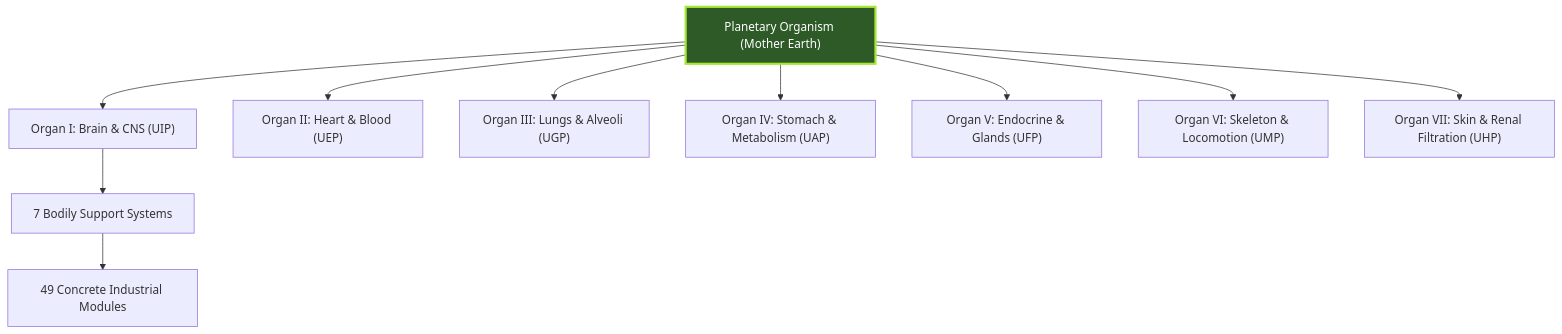
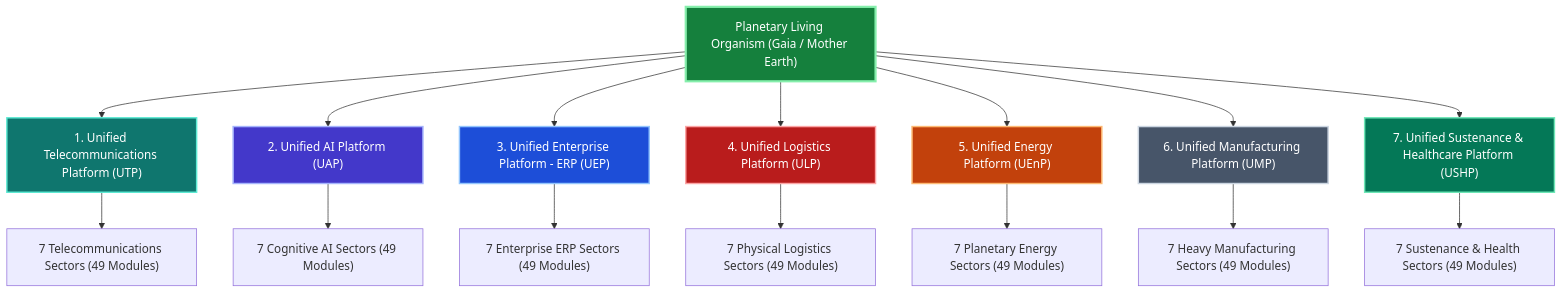
One commit to shishyan/Karmic-Genie changed the diagram in docs/SEVEN_BY_SEVEN_BY_SEVEN_FRACTAL_ATLAS.md. Above: the diagram before and after it, drawn with Mermaid. The commit also changed other lines of this file and 6 other files, not shown here.

````diff
--- a/docs/SEVEN_BY_SEVEN_BY_SEVEN_FRACTAL_ATLAS.md
+++ b/docs/SEVEN_BY_SEVEN_BY_SEVEN_FRACTAL_ATLAS.md
@@ -26,13 +30,25 @@
 ```mermaid
 graph TD
-    Gaia["Planetary Organism (Mother Earth)"] --> O1["Organ I: Brain & CNS (UIP)"]
-    Gaia --> O2["Organ II: Heart & Blood (UEP)"]
-    Gaia --> O3["Organ III: Lungs & Alveoli (UGP)"]
-    Gaia --> O4["Organ IV: Stomach & Metabolism (UAP)"]
-    Gaia --> O5["Organ V: Endocrine & Glands (UFP)"]
-    Gaia --> O6["Organ VI: Skeleton & Locomotion (UMP)"]
-    Gaia --> O7["Organ VII: Skin & Renal Filtration (UHP)"]
-    O1 --> S1["7 Bodily Support Systems"]
-    S1 --> M1["49 Concrete Industrial Modules"]
-    style Gaia fill:#2d5a27,stroke:#a3e635,stroke-width:3px,color:#ffffff
+    Gaia["Planetary Living Organism (Gaia / Mother Earth)"] --> P1["1. Unified Telecommunications Platform (UTP)"]
+    Gaia --> P2["2. Unified AI Platform (UAP)"]
+    Gaia --> P3["3. Unified Enterprise Platform - ERP (UEP)"]
+    Gaia --> P4["4. Unified Logistics Platform (ULP)"]
+    Gaia --> P5["5. Unified Energy Platform (UEnP)"]
+    Gaia --> P6["6. Unified Manufacturing Platform (UMP)"]
+    Gaia --> P7["7. Unified Sustenance & Healthcare Platform (USHP)"]
+    P1 --> S1["7 Telecommunications Sectors (49 Modules)"]
+    P2 --> S2["7 Cognitive AI Sectors (49 Modules)"]
+    P3 --> S3["7 Enterprise ERP Sectors (49 Modules)"]
+    P4 --> S4["7 Physical Logistics Sectors (49 Modules)"]
+    P5 --> S5["7 Planetary Energy Sectors (49 Modules)"]
+    P6 --> S6["7 Heavy Manufacturing Sectors (49 Modules)"]
+    P7 --> S7["7 Sustenance & Health Sectors (49 Modules)"]
+    style Gaia fill:#15803d,stroke:#86efac,stroke-width:3px,color:#ffffff
+    style P1 fill:#0f766e,stroke:#5eead4,stroke-width:2px,color:#ffffff
+    style P2 fill:#4338ca,stroke:#a5b4fc,stroke-width:2px,color:#ffffff
+    style P3 fill:#1d4ed8,stroke:#93c5fd,stroke-width:2px,color:#ffffff
+    style P4 fill:#b91c1c,stroke:#fca5a5,stroke-width:2px,color:#ffffff
+    style P5 fill:#c2410c,stroke:#fdba74,stroke-width:2px,color:#ffffff
+    style P6 fill:#475569,stroke:#cbd5e1,stroke-width:2px,color:#ffffff
+    style P7 fill:#047857,stroke:#6ee7b7,stroke-width:2px,color:#ffffff
 ```
````
